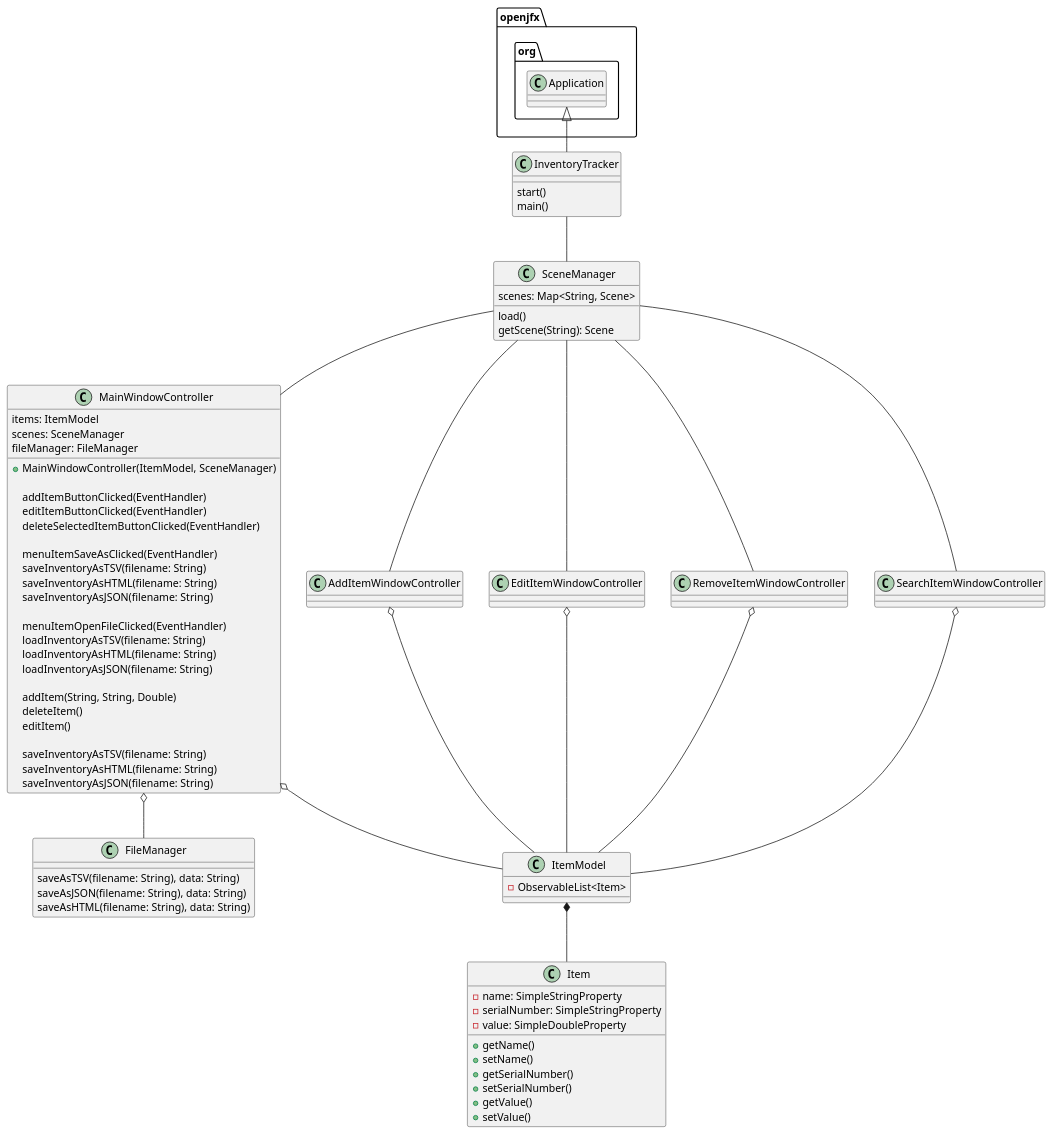
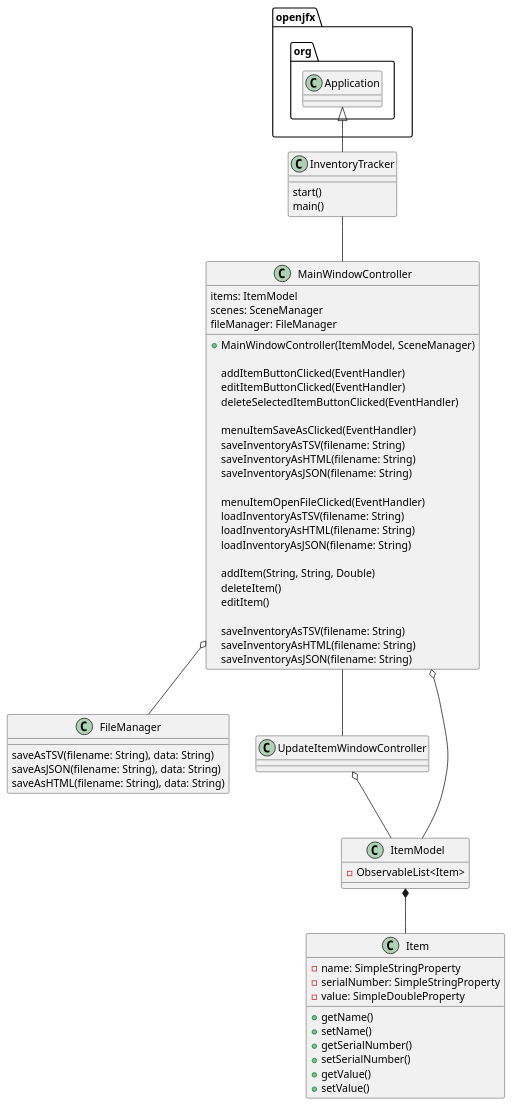
One commit to mredelis/COP3330-OOP-AS5-Summer21 changed the diagram in uml/as5.puml. Above: the diagram before and after it, drawn with PlantUML. The commit also changed 9 other files, not shown here.

```diff
--- a/uml/as5.puml
+++ b/uml/as5.puml
@@ -1,99 +1,77 @@
 @startuml
 
 class InventoryTracker {
     start()
     main()
-}
-
-class SceneManager {
-    scenes: Map<String, Scene>
-
-    load()
-    getScene(String): Scene
 }
 
 class MainWindowController {
     items: ItemModel
     scenes: SceneManager
     fileManager: FileManager
 
     + MainWindowController(ItemModel, SceneManager)
 
     addItemButtonClicked(EventHandler)
     editItemButtonClicked(EventHandler)
     deleteSelectedItemButtonClicked(EventHandler)
 
     menuItemSaveAsClicked(EventHandler)
     saveInventoryAsTSV(filename: String)
     saveInventoryAsHTML(filename: String)
     saveInventoryAsJSON(filename: String)
 
     menuItemOpenFileClicked(EventHandler)
     loadInventoryAsTSV(filename: String)
     loadInventoryAsHTML(filename: String)
     loadInventoryAsJSON(filename: String)
 
     addItem(String, String, Double)
     deleteItem()
     editItem()
 
     saveInventoryAsTSV(filename: String)
     saveInventoryAsHTML(filename: String)
     saveInventoryAsJSON(filename: String)
 }
 
 class FileManager {
     saveAsTSV(filename: String), data: String)
     saveAsJSON(filename: String), data: String)
     saveAsHTML(filename: String), data: String)
 }
 
-class AddItemWindowController {
+class UpdateItemWindowController {
 }
 
-class EditItemWindowController {
-}
-
-class RemoveItemWindowController {
-}
-
-class SearchItemWindowController {
-}
 
 class ItemModel {
     - ObservableList<Item>
 
     /' ObservableList is not serializable
        Copying everything over a normal list
        Use Gson on that normal list '/
 }
 
 class Item {
     - name: SimpleStringProperty
     - serialNumber: SimpleStringProperty
     - value: SimpleDoubleProperty
 
     + getName()
     + setName()
     + getSerialNumber()
     + setSerialNumber()
     + getValue()
     + setValue()
 }
 
 openjfx.org.Application <|-- InventoryTracker
-InventoryTracker -- SceneManager
-SceneManager -- MainWindowController
-SceneManager -- AddItemWindowController
-SceneManager -- EditItemWindowController
-SceneManager -- RemoveItemWindowController
-SceneManager -- SearchItemWindowController
+InventoryTracker -- MainWindowController
 MainWindowController o-- ItemModel
-AddItemWindowController o-- ItemModel
-EditItemWindowController o-- ItemModel
-RemoveItemWindowController o-- ItemModel
-SearchItemWindowController o-- ItemModel
+MainWindowController -- UpdateItemWindowController
+UpdateItemWindowController o-- ItemModel
 ItemModel *-- Item
 MainWindowController o-- FileManager
 
 @enduml
```
